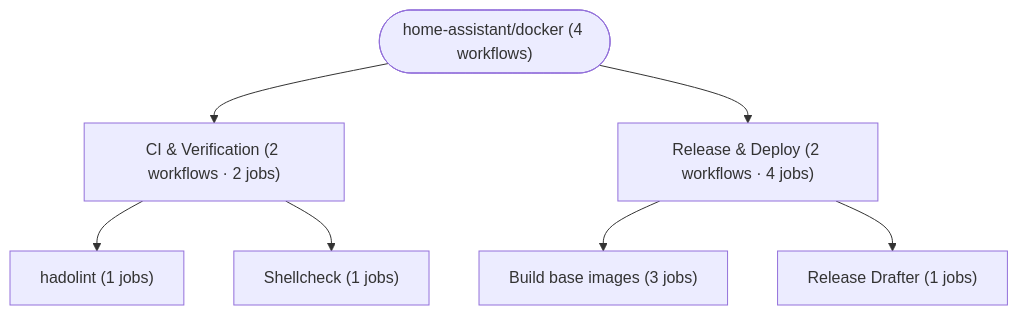
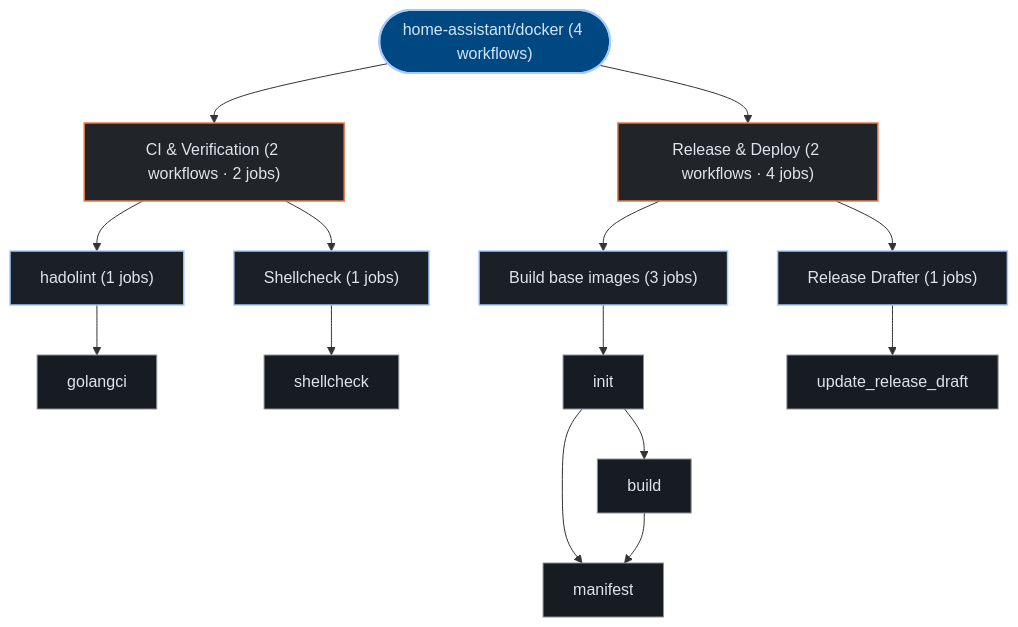
The second of 2 diagrams in exports/latest/reports/home-assistant-docker-report.md (kumarshaz/atruss-code-atlas), drawn with Mermaid before and after one commit. The commit also changed other lines of this file and 331 other files, not shown here.

Commit message:
docs,ui,fix: update SDLC docs, reorder CI/CD DAG first, stylize Mermaid, and fix Arc42 pipeline topology

````diff
--- a/exports/latest/reports/home-assistant-docker-report.md
+++ b/exports/latest/reports/home-assistant-docker-report.md
@@ -77,16 +81,36 @@
 ```mermaid
 graph TD;
-  pipeline_root(["home-assistant/docker (4 workflows)"])
-  grp_0_CI___Verification["CI & Verification (2 workflows · 2 jobs)"]
+  classDef atlasRoot fill:#004882,stroke:#a3c9ff,stroke-width:2px,color:#d3e4ff
+  classDef atlasCategory fill:#212428,stroke:#E87A48,stroke-width:1.5px,color:#dfe3eb
+  classDef atlasWorkflow fill:#1b2026,stroke:#a3c9ff,stroke-width:1.5px,color:#dfe3eb
+  classDef atlasJob fill:#171c22,stroke:#8d9199,stroke-width:1px,color:#dfe3eb
+  classDef atlasTarget fill:#005227,stroke:#8bd99b,stroke-width:1.5px,color:#a7f6b6
+  classDef atlasAlert fill:#93000a,stroke:#ffb4ab,stroke-width:1.5px,color:#ffdad6
+  classDef atlasMore fill:#252a31,stroke:#8d9199,stroke-dasharray:4 4,color:#c3c6cf
+  pipeline_root(["home-assistant/docker (4 workflows)"]):::atlasRoot
+  grp_0_CI___Verification["CI & Verification (2 workflows · 2 jobs)"]:::atlasCategory
   pipeline_root --> grp_0_CI___Verification
-  wf_1_hadolint["hadolint (1 jobs)"]
+  wf_1_hadolint["hadolint (1 jobs)"]:::atlasWorkflow
   grp_0_CI___Verification --> wf_1_hadolint
-  wf_3_Shellcheck["Shellcheck (1 jobs)"]
+  job_1_golangci["golangci"]:::atlasJob
+  wf_1_hadolint --> job_1_golangci
+  wf_3_Shellcheck["Shellcheck (1 jobs)"]:::atlasWorkflow
   grp_0_CI___Verification --> wf_3_Shellcheck
-  grp_1_Release___Deploy["Release & Deploy (2 workflows · 4 jobs)"]
+  job_3_shellcheck["shellcheck"]:::atlasJob
+  wf_3_Shellcheck --> job_3_shellcheck
+  grp_1_Release___Deploy["Release & Deploy (2 workflows · 4 jobs)"]:::atlasCategory
   pipeline_root --> grp_1_Release___Deploy
-  wf_0_Build_base_images["Build base images (3 jobs)"]
+  wf_0_Build_base_images["Build base images (3 jobs)"]:::atlasWorkflow
   grp_1_Release___Deploy --> wf_0_Build_base_images
-  wf_2_Release_Drafter["Release Drafter (1 jobs)"]
+  job_0_init["init"]:::atlasJob
+  job_0_build["build"]:::atlasJob
+  job_0_manifest["manifest"]:::atlasJob
+  wf_0_Build_base_images --> job_0_init
+  job_0_init --> job_0_build
+  job_0_init --> job_0_manifest
+  job_0_build --> job_0_manifest
+  wf_2_Release_Drafter["Release Drafter (1 jobs)"]:::atlasWorkflow
   grp_1_Release___Deploy --> wf_2_Release_Drafter
+  job_2_update_release_draft["update_release_draft"]:::atlasJob
+  wf_2_Release_Drafter --> job_2_update_release_draft
 ```
````
